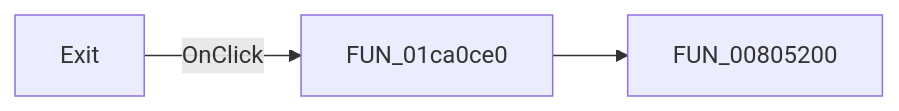
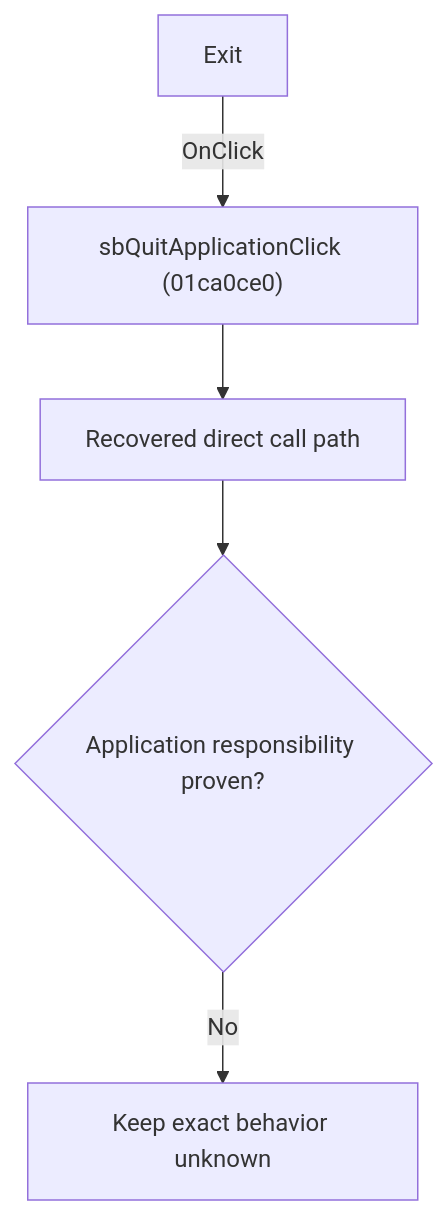
Before and after one commit to MovGP0/TIARA: the diagram in docs/ui-controls/schematiceditor/sbquitapplication-e994f0b9d0.md, drawn with Mermaid. The commit also changed other lines of this file and 1062 other files, not shown here.

````diff
--- a/docs/ui-controls/schematiceditor/sbquitapplication-e994f0b9d0.md
+++ b/docs/ui-controls/schematiceditor/sbquitapplication-e994f0b9d0.md
@@ -27,5 +27,7 @@
 ```mermaid
-flowchart LR
-    control["Exit"] -->|OnClick| handler["FUN_01ca0ce0"]
-    handler --> call1["FUN_00805200"]
+flowchart TD
+    control["Exit"] -->|"OnClick"| handler["sbQuitApplicationClick (01ca0ce0)"]
+    handler --> recovered["Recovered direct call path"]
+    recovered --> gap{"Application responsibility proven?"}
+    gap -->|"No"| blocked["Keep exact behavior unknown"]
 ```
````
